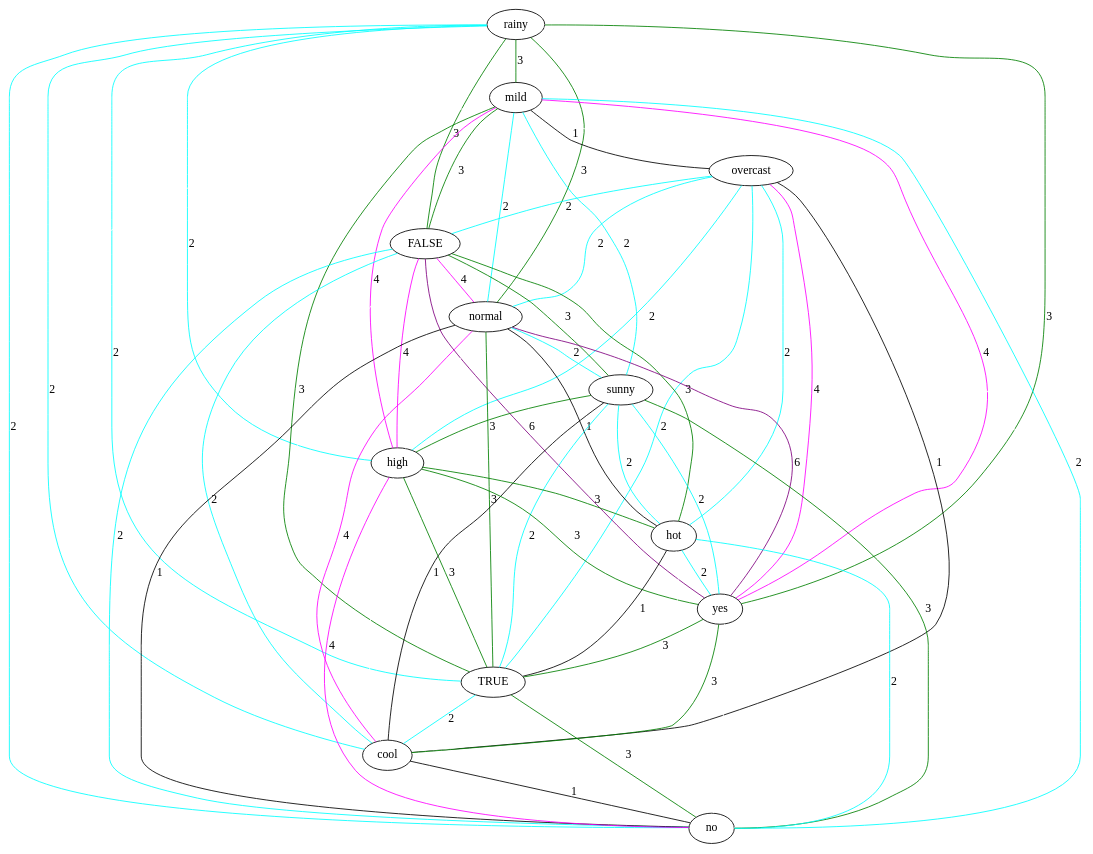
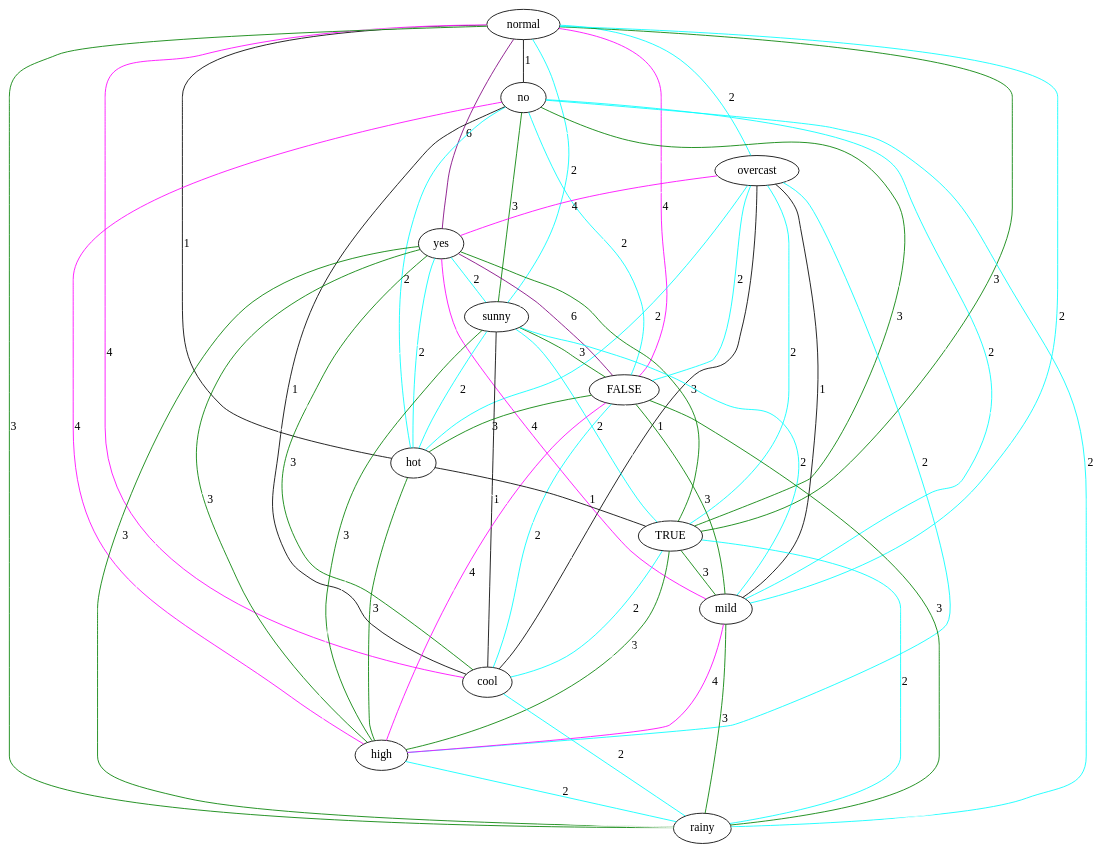
One commit to lrodrin/TFG changed the diagram in src/SQL/gaifman.dot. Above: the diagram before and after it, drawn with Graphviz. The commit also changed 8 other files, not shown here.

```diff
--- a/src/SQL/gaifman.dot
+++ b/src/SQL/gaifman.dot
@@ -1,80 +1,80 @@
 strict graph "" {
+normal;
+no;
+overcast;
+yes;
+sunny;
+FALSE;
+hot;
+TRUE;
+mild;
+cool;
+high;
 rainy;
-mild;
-overcast;
-FALSE;
-normal;
-sunny;
-high;
-hot;
-yes;
-TRUE;
-cool;
-no;
-rainy -- sunny  [color=white];
-rainy -- high  [color=cyan, label=2];
-rainy -- hot  [color=white];
-rainy -- no  [color=cyan, label=2];
-rainy -- mild  [color=green, label=3];
-rainy -- overcast  [color=white];
-rainy -- TRUE  [color=cyan, label=2];
-rainy -- cool  [color=cyan, label=2];
-rainy -- FALSE  [color=green, label=3];
-rainy -- normal  [color=green, label=3];
-rainy -- yes  [color=green, label=3];
-mild -- sunny  [color=cyan, label=2];
-mild -- high  [color=magenta, label=4];
-mild -- hot  [color=white];
-mild -- yes  [color=magenta, label=4];
-mild -- overcast  [color=black, label=1];
-mild -- TRUE  [color=green, label=3];
-mild -- cool  [color=white];
-mild -- FALSE  [color=green, label=3];
-mild -- normal  [color=cyan, label=2];
-mild -- no  [color=cyan, label=2];
+normal -- no  [color=black, label=1];
+normal -- hot  [color=black, label=1];
+normal -- rainy  [color=green, label=3];
+normal -- overcast  [color=cyan, label=2];
+normal -- mild  [color=cyan, label=2];
+normal -- TRUE  [color=green, label=3];
+normal -- cool  [color=magenta, label=4];
+normal -- yes  [color=purple, label=6];
+normal -- high  [color=white];
+normal -- sunny  [color=cyan, label=2];
+normal -- FALSE  [color=magenta, label=4];
+no -- hot  [color=cyan, label=2];
+no -- rainy  [color=cyan, label=2];
+no -- overcast  [color=white];
+no -- mild  [color=cyan, label=2];
+no -- TRUE  [color=green, label=3];
+no -- cool  [color=black, label=1];
+no -- yes  [color=white];
+no -- high  [color=magenta, label=4];
+no -- sunny  [color=green, label=3];
+no -- FALSE  [color=cyan, label=2];
 overcast -- sunny  [color=white];
+overcast -- hot  [color=cyan, label=2];
+overcast -- rainy  [color=white];
+overcast -- cool  [color=black, label=1];
+overcast -- mild  [color=black, label=1];
+overcast -- yes  [color=magenta, label=4];
 overcast -- high  [color=cyan, label=2];
-overcast -- hot  [color=cyan, label=2];
-overcast -- yes  [color=magenta, label=4];
 overcast -- TRUE  [color=cyan, label=2];
-overcast -- cool  [color=black, label=1];
 overcast -- FALSE  [color=cyan, label=2];
-overcast -- normal  [color=cyan, label=2];
-overcast -- no  [color=white];
-FALSE -- sunny  [color=green, label=3];
-FALSE -- high  [color=magenta, label=4];
-FALSE -- no  [color=cyan, label=2];
+yes -- rainy  [color=green, label=3];
+yes -- mild  [color=magenta, label=4];
+yes -- TRUE  [color=green, label=3];
+yes -- cool  [color=green, label=3];
+yes -- hot  [color=cyan, label=2];
+yes -- high  [color=green, label=3];
+yes -- sunny  [color=cyan, label=2];
+yes -- FALSE  [color=purple, label=6];
+sunny -- hot  [color=cyan, label=2];
+sunny -- rainy  [color=white];
+sunny -- cool  [color=black, label=1];
+sunny -- mild  [color=cyan, label=2];
+sunny -- high  [color=green, label=3];
+sunny -- TRUE  [color=cyan, label=2];
+sunny -- FALSE  [color=green, label=3];
+FALSE -- rainy  [color=green, label=3];
 FALSE -- hot  [color=green, label=3];
 FALSE -- TRUE  [color=white];
 FALSE -- cool  [color=cyan, label=2];
-FALSE -- normal  [color=magenta, label=4];
-FALSE -- yes  [color=purple, label=6];
-normal -- sunny  [color=cyan, label=2];
-normal -- high  [color=white];
-normal -- no  [color=black, label=1];
-normal -- TRUE  [color=green, label=3];
-normal -- cool  [color=magenta, label=4];
-normal -- hot  [color=black, label=1];
-normal -- yes  [color=purple, label=6];
-sunny -- high  [color=green, label=3];
-sunny -- no  [color=green, label=3];
-sunny -- hot  [color=cyan, label=2];
-sunny -- TRUE  [color=cyan, label=2];
-sunny -- cool  [color=black, label=1];
-sunny -- yes  [color=cyan, label=2];
-high -- no  [color=magenta, label=4];
-high -- hot  [color=green, label=3];
-high -- TRUE  [color=green, label=3];
-high -- cool  [color=white];
-high -- yes  [color=green, label=3];
-hot -- no  [color=cyan, label=2];
+FALSE -- mild  [color=green, label=3];
+FALSE -- high  [color=magenta, label=4];
+hot -- rainy  [color=white];
+hot -- mild  [color=white];
 hot -- TRUE  [color=black, label=1];
 hot -- cool  [color=white];
-hot -- yes  [color=cyan, label=2];
-yes -- TRUE  [color=green, label=3];
-yes -- cool  [color=green, label=3];
-yes -- no  [color=white];
-TRUE -- no  [color=green, label=3];
+hot -- high  [color=green, label=3];
+TRUE -- rainy  [color=cyan, label=2];
 TRUE -- cool  [color=cyan, label=2];
-cool -- no  [color=black, label=1];
+TRUE -- mild  [color=green, label=3];
+TRUE -- high  [color=green, label=3];
+mild -- rainy  [color=green, label=3];
+mild -- cool  [color=white];
+mild -- high  [color=magenta, label=4];
+cool -- rainy  [color=cyan, label=2];
+cool -- high  [color=white];
+high -- rainy  [color=cyan, label=2];
 }
```
